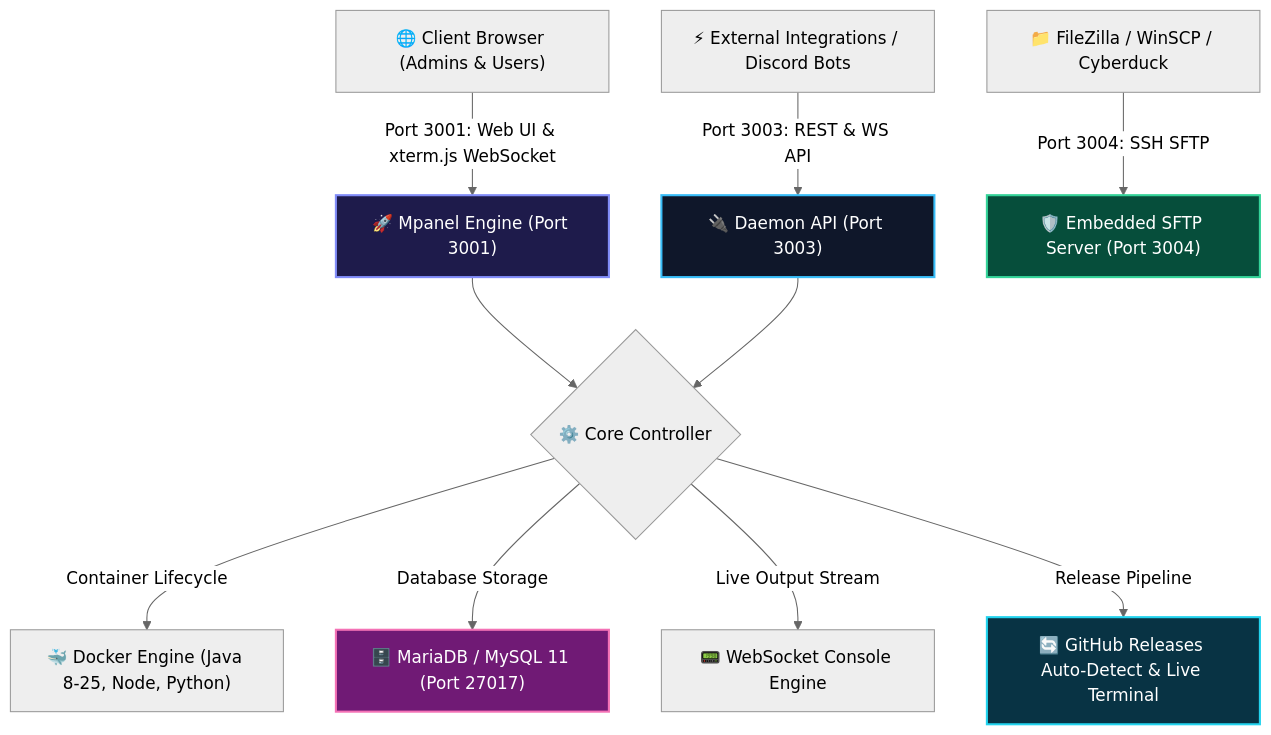
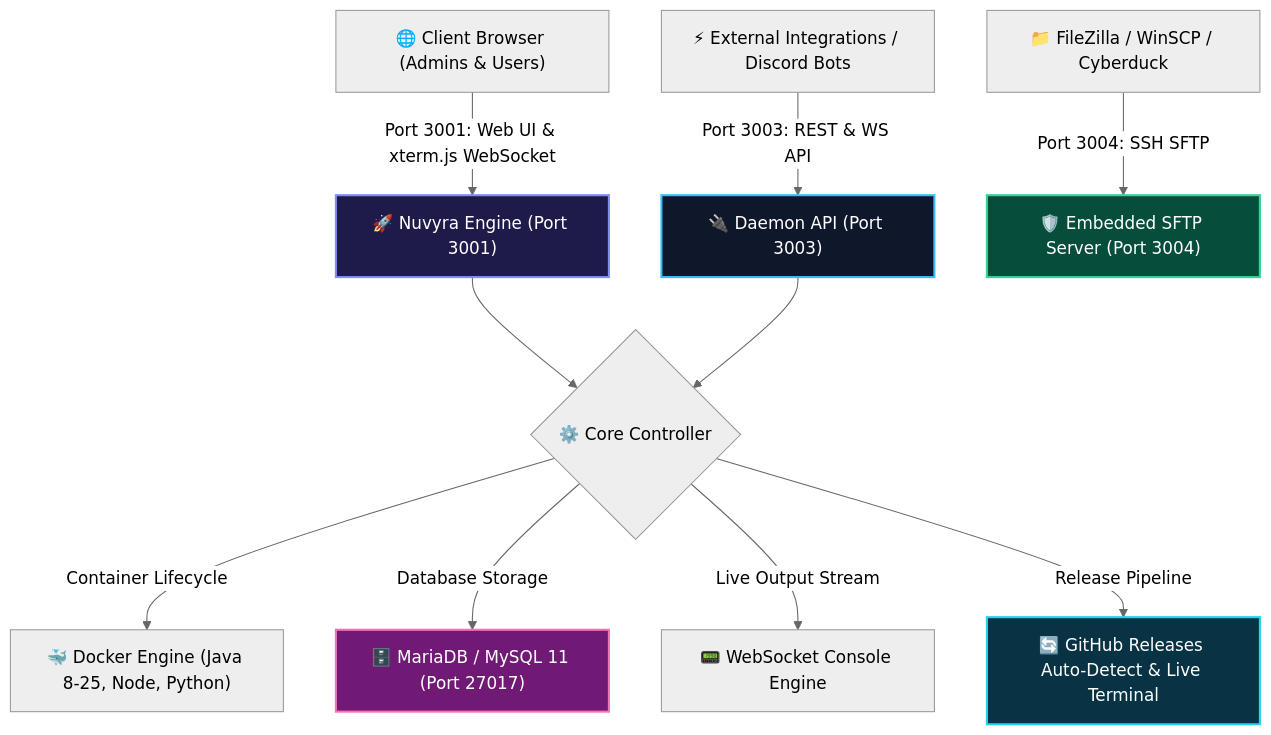
The diagram in README.md (Walksys/Dashboard-Nuvyra), drawn with Mermaid (neutral theme) before and after one commit. The commit also changed other lines of this file and 65 other files, not shown here.

````diff
--- a/README.md
+++ b/README.md
@@ -46,20 +46,20 @@
 ```mermaid
 graph TD
-    Client["🌐 Client Browser (Admins & Users)"] -->|Port 3001: Web UI & xterm.js WebSocket| Gateway["🚀 Mpanel Engine (Port 3001)"]
+    Client["🌐 Client Browser (Admins & Users)"] -->|Port 3001: Web UI & xterm.js WebSocket| Gateway["🚀 Nuvyra Engine (Port 3001)"]
     External["⚡ External Integrations / Discord Bots"] -->|Port 3003: REST & WS API| GatewayAPI["🔌 Daemon API (Port 3003)"]
     FTPClient["📁 FileZilla / WinSCP / Cyberduck"] -->|Port 3004: SSH SFTP| SFTP["🛡️ Embedded SFTP Server (Port 3004)"]
 
     Gateway --> EngineCore{"⚙️ Core Controller"}
     GatewayAPI --> EngineCore
 
     EngineCore -->|Container Lifecycle| Docker["🐳 Docker Engine (Java 8-25, Node, Python)"]
     EngineCore -->|Database Storage| MariaDB["🗄️ MariaDB / MySQL 11 (Port 27017)"]
     EngineCore -->|Live Output Stream| WSConsole["📟 WebSocket Console Engine"]
     EngineCore -->|Release Pipeline| AutoUpdater["🔄 GitHub Releases Auto-Detect & Live Terminal"]
 
     style Gateway fill:#1e1b4b,stroke:#818cf8,stroke-width:2px,color:#fff
     style GatewayAPI fill:#0f172a,stroke:#38bdf8,stroke-width:2px,color:#fff
     style SFTP fill:#064e3b,stroke:#34d399,stroke-width:2px,color:#fff
     style MariaDB fill:#701a75,stroke:#f472b6,stroke-width:2px,color:#fff
     style AutoUpdater fill:#083344,stroke:#22d3ee,stroke-width:2px,color:#fff
 ```
````
